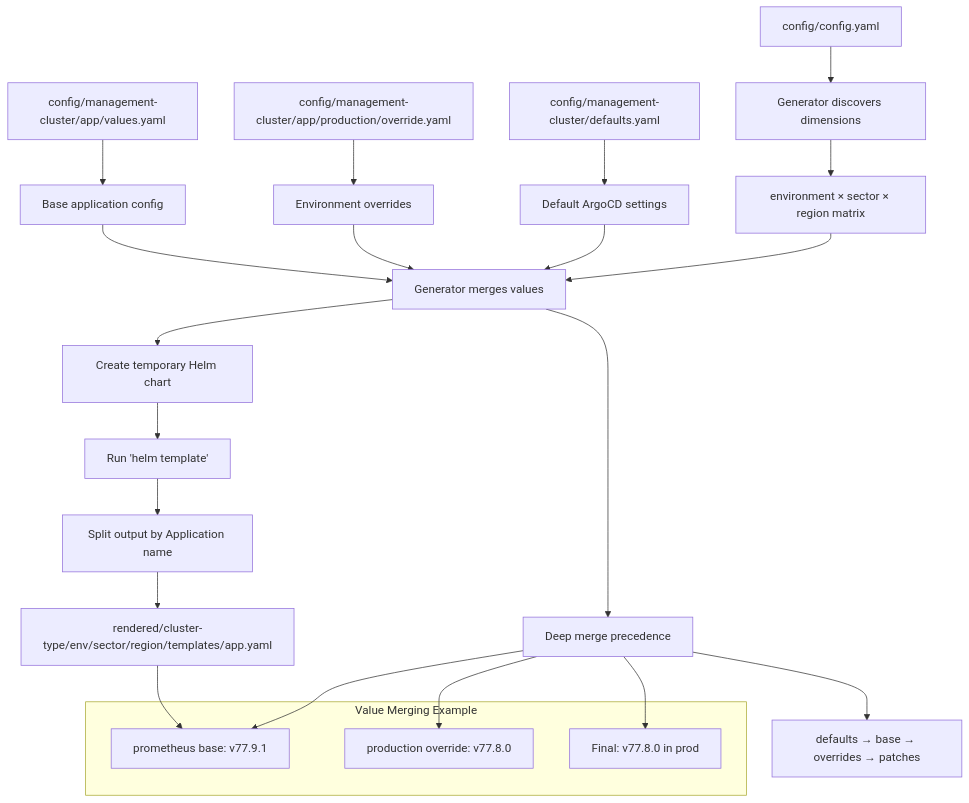
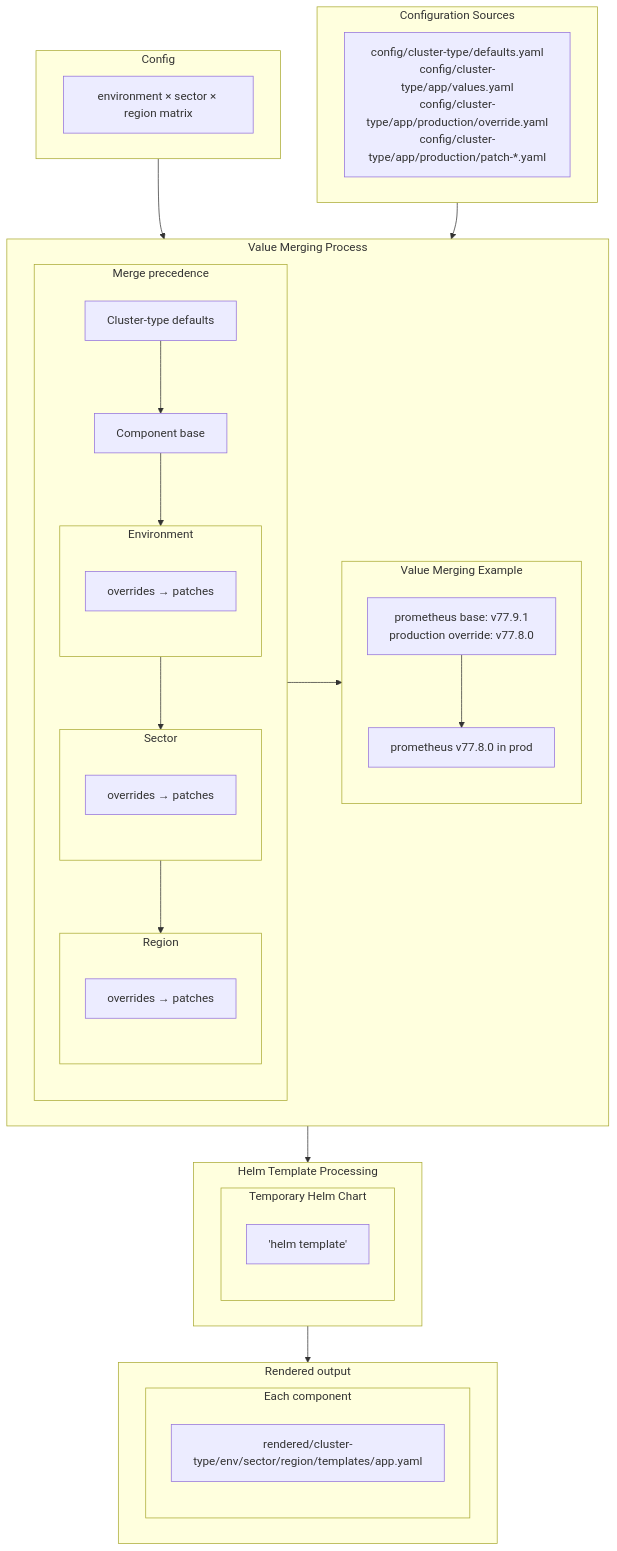
One commit to patjlm/gcp-hcp-apps changed the second of 2 diagrams in README.md. Above: the diagram before and after it, drawn with Mermaid. The commit also changed other lines of this file, not shown here.

Commit message:
improve mermaid chart

````diff
--- a/README.md
+++ b/README.md
@@ -44,33 +54,56 @@
 ```mermaid
 graph TD
-    A[config/config.yaml] --> B[Generator discovers dimensions]
-    B --> C["environment × sector × region matrix"]
-
-    D[config/management-cluster/app/values.yaml] --> E[Base application config]
-    F[config/management-cluster/app/production/override.yaml] --> G[Environment overrides]
-    P[config/management-cluster/app/production/patch-*.yaml] --> Q[Temporary patches]
-    H[config/management-cluster/defaults.yaml] --> I[Default ArgoCD settings]
-
-    J[Generator merges values] --> K[Deep merge precedence]
-    K --> L["defaults → base → overrides → patches"]
-
-    E --> J
-    G --> J
-    I --> J
-    C --> J
-
-    J --> M[Create temporary Helm chart]
-    M --> N["Run 'helm template'"]
-    N --> O[Split output by Application name]
-    O --> P["rendered/cluster-type/env/sector/region/templates/app.yaml"]
-
-    subgraph "Value Merging Example"
-        Q["prometheus base: v77.9.1"]
-        R["production override: v77.8.0"]
-        S["Final: v77.8.0 in prod"]
+    subgraph Config ["Config"]
+      C["environment × sector × region matrix"]
     end
 
-    K --> Q
-    K --> R
-    K --> S
+    subgraph ConfigInputs ["Configuration Sources"]
+      Sources["config/cluster-type/defaults.yaml<br>config/cluster-type/app/values.yaml<br>config/cluster-type/app/production/override.yaml<br>config/cluster-type/app/production/patch-*.yaml"]
+    end
+
+    subgraph ValueMerging ["Value Merging Process"]
+      subgraph K[Merge precedence]
+        Defaults["Cluster-type defaults"] --> Base["Component base"]
+
+        subgraph Environment
+          OverrideEnvironment["overrides → patches"]
+        end
+        Base --> Environment
+
+        subgraph Sector
+          OverrideSector["overrides → patches"]
+        end
+        Environment --> Sector
+
+        subgraph Region
+          OverrideRegion["overrides → patches"]
+        end
+        Sector --> Region
+      end
+
+      subgraph Example["Value Merging Example"]
+          ExampleConfig["prometheus base: v77.9.1<br>production override: v77.8.0"]
+          ExampleConfig --> ExampleResult["prometheus v77.8.0 in prod"]
+      end
+
+      K --> Example
+    end
+
+    subgraph HelmProcessing ["Helm Template Processing"]
+      subgraph TempHelmChart["Temporary Helm Chart"]
+        Processing["'helm template'"]
+      end
+    end
+
+    subgraph Rendered["Rendered output"]
+      subgraph EachComponent["Each component"]
+        R["rendered/cluster-type/env/sector/region/templates/app.yaml"]
+      end
+    end
+    
+    Config --> ValueMerging
+    ConfigInputs --> ValueMerging
+    ValueMerging --> HelmProcessing
+    HelmProcessing --> Rendered
+
 ```
````
